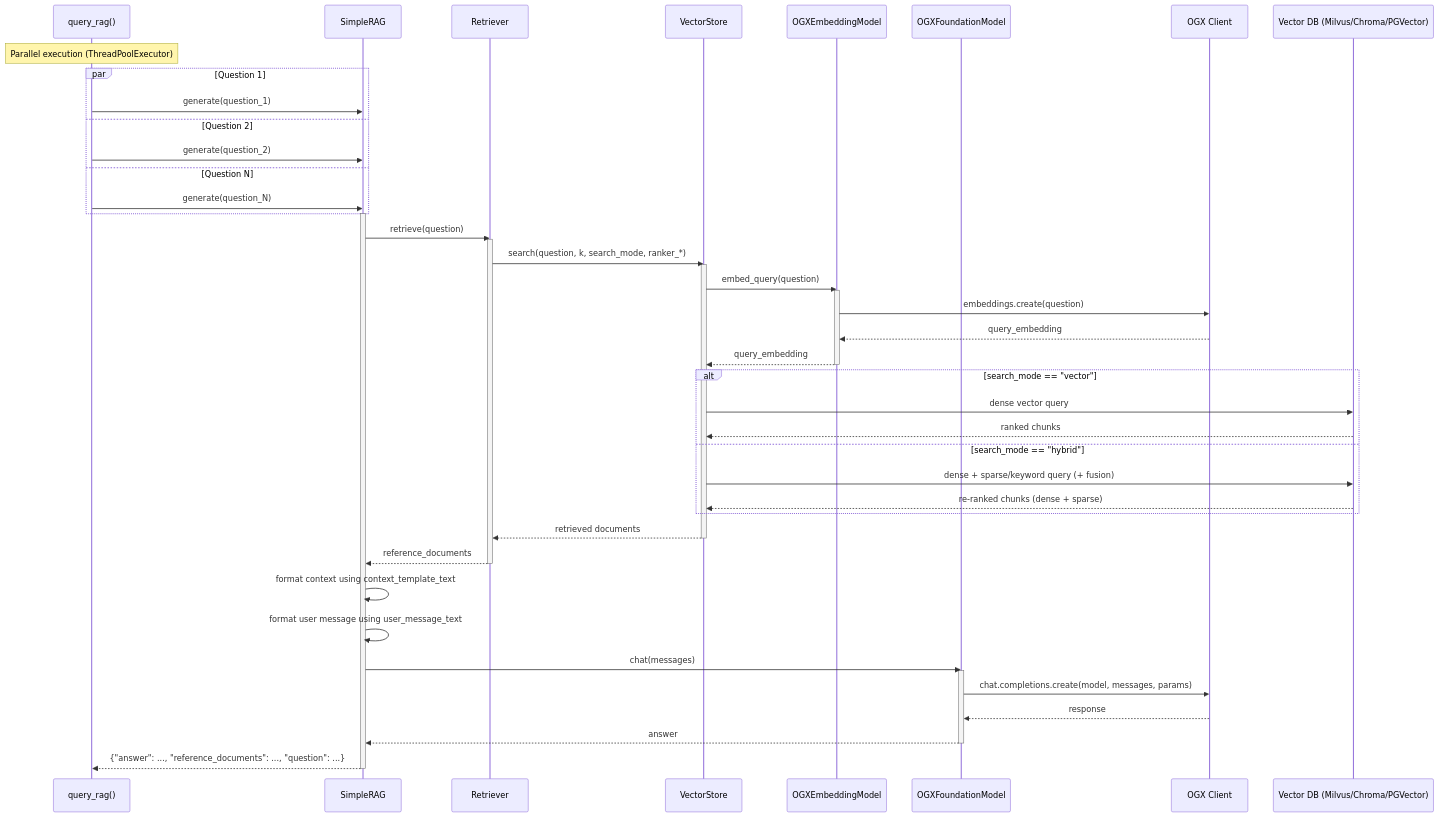
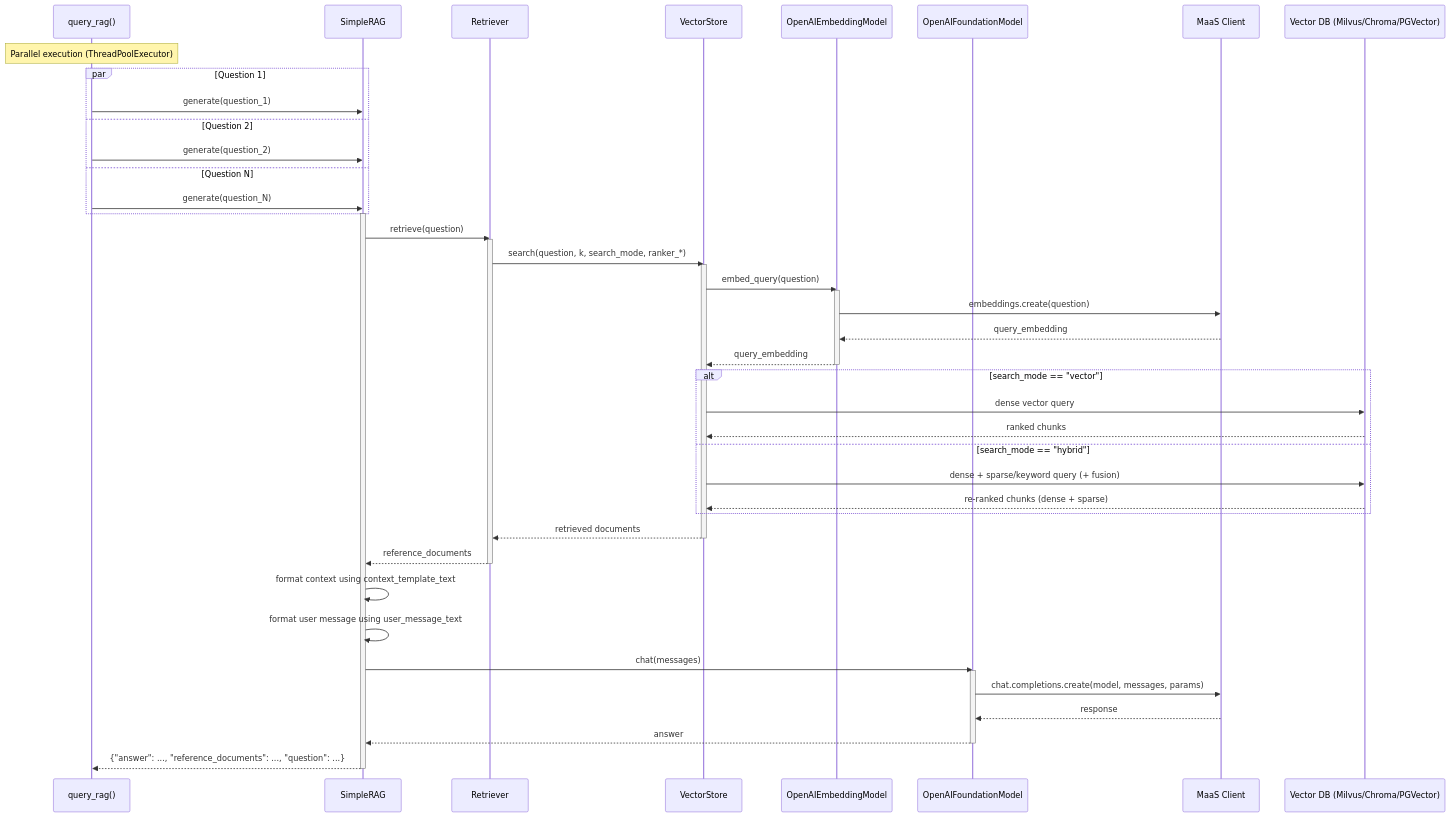
The second of 4 diagrams in docs/architecture/data-flow.md (IBM/ai4rag), drawn with Mermaid before and after one commit. The commit also changed other lines of this file and 70 other files, not shown here.

First line of the commit message:
feat(rag)!: replace OGX integration with OpenAI-compatible MaaS client (#125)

````diff
--- a/docs/architecture/data-flow.md
+++ b/docs/architecture/data-flow.md
@@ -232,57 +232,57 @@
 ```mermaid
 sequenceDiagram
     participant QR as query_rag()
     participant RAG as SimpleRAG
     participant Ret as Retriever
     participant VS as VectorStore
-    participant EM as OGXEmbeddingModel
-    participant FM as OGXFoundationModel
-    participant OGXClient as OGX Client
+    participant EM as OpenAIEmbeddingModel
+    participant FM as OpenAIFoundationModel
+    participant MaaSClient as MaaS Client
     participant DB as Vector DB (Milvus/Chroma/PGVector)
 
     Note over QR: Parallel execution (ThreadPoolExecutor)
     par Question 1
         QR->>RAG: generate(question_1)
     and Question 2
         QR->>RAG: generate(question_2)
     and Question N
         QR->>RAG: generate(question_N)
     end
 
     activate RAG
     RAG->>Ret: retrieve(question)
     activate Ret
     Ret->>VS: search(question, k, search_mode, ranker_*)
     activate VS
     VS->>EM: embed_query(question)
     activate EM
-    EM->>OGXClient: embeddings.create(question)
-    OGXClient-->>EM: query_embedding
+    EM->>MaaSClient: embeddings.create(question)
+    MaaSClient-->>EM: query_embedding
     EM-->>VS: query_embedding
     deactivate EM
 
     alt search_mode == "vector"
         VS->>DB: dense vector query
         DB-->>VS: ranked chunks
     else search_mode == "hybrid"
         VS->>DB: dense + sparse/keyword query (+ fusion)
         DB-->>VS: re-ranked chunks (dense + sparse)
     end
 
     VS-->>Ret: retrieved documents
     deactivate VS
     Ret-->>RAG: reference_documents
     deactivate Ret
 
     RAG->>RAG: format context using context_template_text
     RAG->>RAG: format user message using user_message_text
     RAG->>FM: chat(messages)
     activate FM
-    FM->>OGXClient: chat.completions.create(model, messages, params)
-    OGXClient-->>FM: response
+    FM->>MaaSClient: chat.completions.create(model, messages, params)
+    MaaSClient-->>FM: response
     FM-->>RAG: answer
     deactivate FM
 
     RAG-->>QR: {"answer": ..., "reference_documents": ..., "question": ...}
     deactivate RAG
 ```
````
